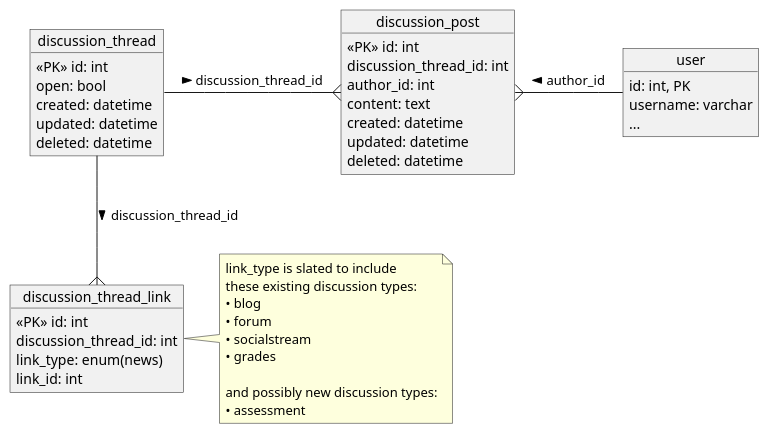
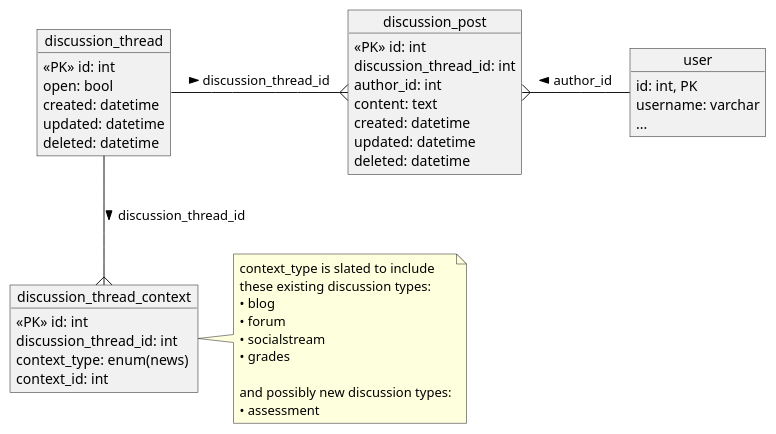
One commit to juliaattrevisan/schoolbox-api-docs changed the diagram in library/Schoolbox/Discussion/database.puml. Above: the diagram before and after it, drawn with PlantUML.

Commit message:
Rename tables in schema from link to context [SA-8097]

```diff
--- a/library/Schoolbox/Discussion/database.puml
+++ b/library/Schoolbox/Discussion/database.puml
@@ -1,55 +1,55 @@
 @startuml
 
 hide empty fields
 hide empty methods
 
 object discussion_thread {
     <<PK>> id: int
     open: bool
     created: datetime
     updated: datetime
     deleted: datetime
 }
 
 object discussion_post {
     <<PK>> id: int
     discussion_thread_id: int
     author_id: int
     content: text
     created: datetime
     updated: datetime
     deleted: datetime
 }
 
-object discussion_thread_link {
+object discussion_thread_context {
     <<PK>> id: int
     discussion_thread_id: int
-    link_type: enum(news)
-    link_id: int
+    context_type: enum(news)
+    context_id: int
 }
 
 note right
-link_type is slated to include
+context_type is slated to include
 these existing discussion types:
 • blog
 • forum
 • socialstream
 • grades
 
 and possibly new discussion types:
 • assessment
 end note
 
 object user {
     id: int, PK
     username: varchar
     ...
 }
 
 discussion_thread -r-{ discussion_post : discussion_thread_id >
 
 discussion_post }-r- user : author_id <
 
-discussion_thread -d-{ discussion_thread_link : discussion_thread_id >
+discussion_thread -d-{ discussion_thread_context : discussion_thread_id >
 
 @enduml
```
